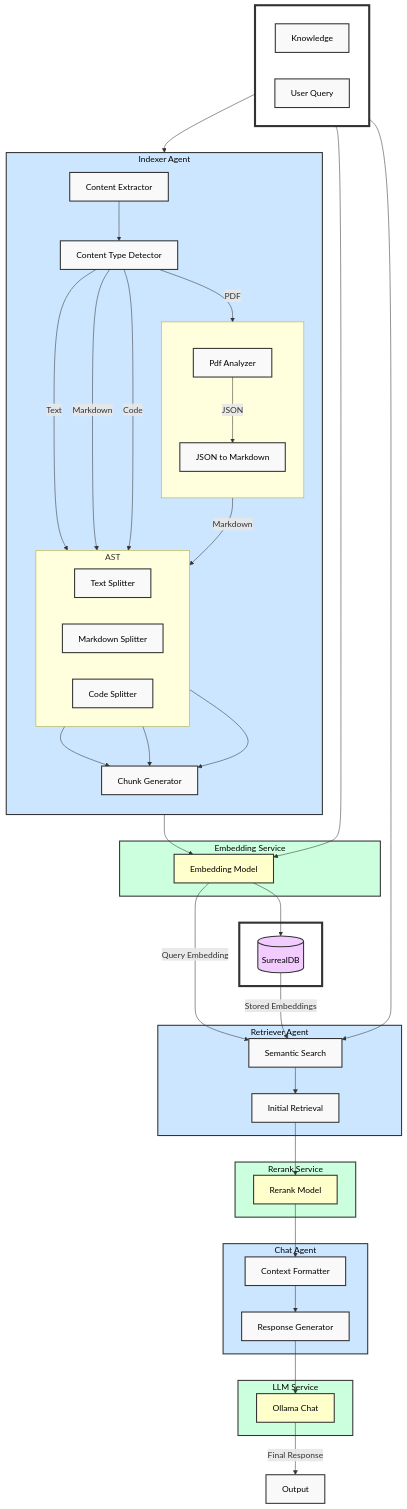
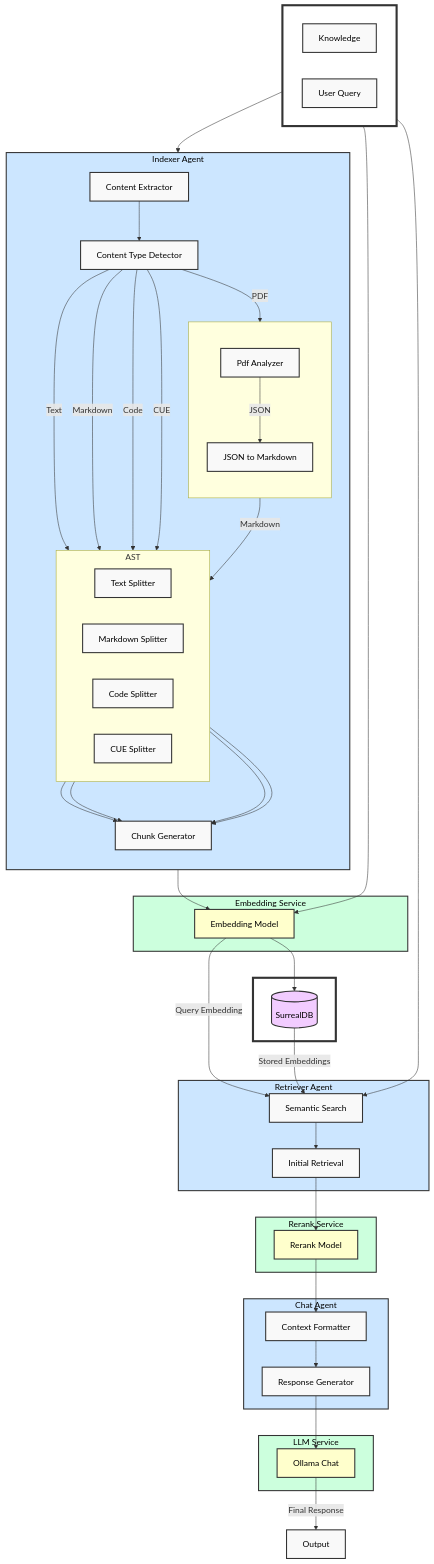
The second of 2 diagrams in bioma_llm/examples/rag_server.md (VertexStudio/bioma), drawn with Mermaid before and after one commit.

Commit message:
Adding CUE Splitter

```diff
--- a/bioma_llm/examples/rag_server.md
+++ b/bioma_llm/examples/rag_server.md
@@ -82,6 +82,7 @@
             TextSplitter[Text Splitter]
             MarkdownSplitter[Markdown Splitter]
             CodeSplitter[Code Splitter]
+            CueSplitter[CUE Splitter]
         end
         
         ChunkGenerator[Chunk Generator]
@@ -121,12 +122,14 @@
 
     TypeDetector -->|Text| TextSplitter
     TypeDetector -->|Markdown| MarkdownSplitter
-    JsonToMarkdown --> |Markdown| MarkdownSplitter
+    JsonToMarkdown -->|Markdown| MarkdownSplitter
     TypeDetector -->|Code| CodeSplitter
+    TypeDetector -->|CUE| CueSplitter
     
     TextSplitter --> ChunkGenerator
     MarkdownSplitter --> ChunkGenerator
     CodeSplitter --> ChunkGenerator
+    CueSplitter --> ChunkGenerator
     
     ChunkGenerator --> EmbeddingModel
     EmbeddingModel --> SurrealDB
```
